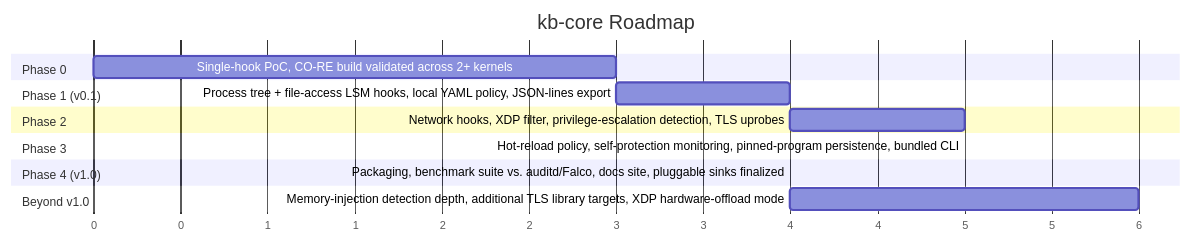
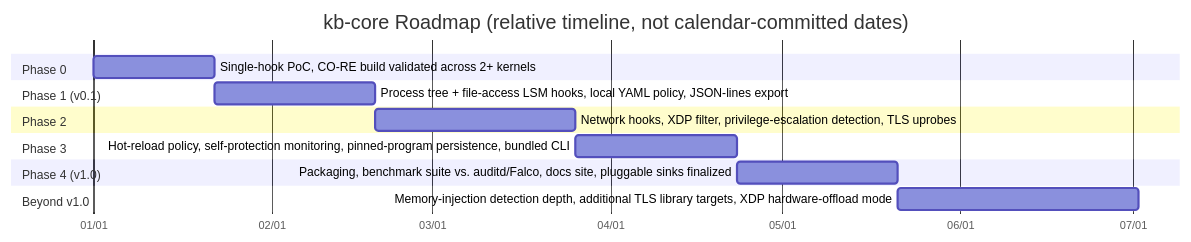
One commit to pardhuvarmax/kernel-borderlands changed the tenth of 11 diagrams in docs/emergency-backup/kb-core.md. Above: the diagram before and after it, drawn with Mermaid. The commit also changed other lines of this file and 2 other files, not shown here.

Commit message:
i love my team.

````diff
--- a/docs/emergency-backup/kb-core.md
+++ b/docs/emergency-backup/kb-core.md
@@ -1108,18 +1108,18 @@
 ```mermaid
 gantt
-    title kb-core Roadmap
-    dateFormat X
-    axisFormat %s
+    title kb-core Roadmap (relative timeline, not calendar-committed dates)
+    dateFormat YYYY-MM-DD
+    axisFormat %m/%d
     section Phase 0
-    Single-hook PoC, CO-RE build validated across 2+ kernels :p0, 0, 3
+    Single-hook PoC, CO-RE build validated across 2+ kernels :p0, 2025-01-01, 3w
     section Phase 1 (v0.1)
-    Process tree + file-access LSM hooks, local YAML policy, JSON-lines export :p1, after p0, 4
+    Process tree + file-access LSM hooks, local YAML policy, JSON-lines export :p1, after p0, 4w
     section Phase 2
-    Network hooks, XDP filter, privilege-escalation detection, TLS uprobes :p2, after p1, 5
+    Network hooks, XDP filter, privilege-escalation detection, TLS uprobes :p2, after p1, 5w
     section Phase 3
-    Hot-reload policy, self-protection monitoring, pinned-program persistence, bundled CLI :p3, after p2, 4
+    Hot-reload policy, self-protection monitoring, pinned-program persistence, bundled CLI :p3, after p2, 4w
     section Phase 4 (v1.0)
-    Packaging, benchmark suite vs. auditd/Falco, docs site, pluggable sinks finalized :p4, after p3, 4
+    Packaging, benchmark suite vs. auditd/Falco, docs site, pluggable sinks finalized :p4, after p3, 4w
     section Beyond v1.0
-    Memory-injection detection depth, additional TLS library targets, XDP hardware-offload mode :p5, after p4, 6
+    Memory-injection detection depth, additional TLS library targets, XDP hardware-offload mode :p5, after p4, 6w
 ```
````
